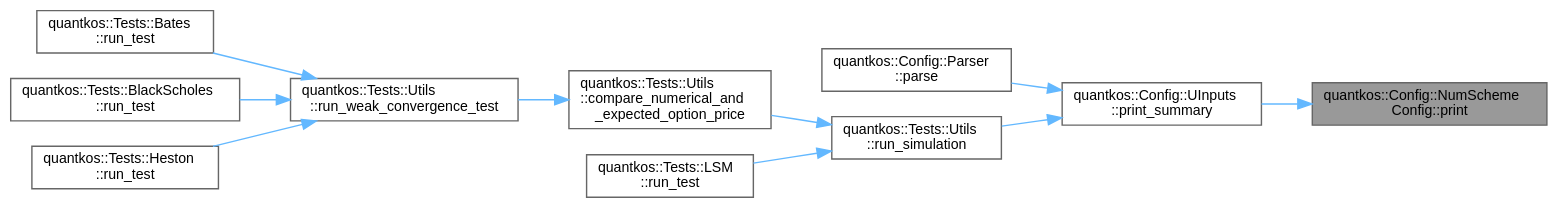
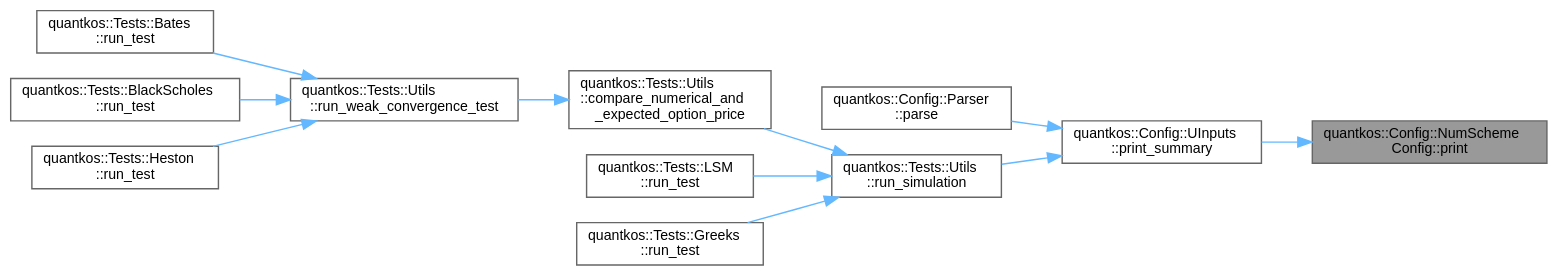
Before and after one commit to zeno-geddo/QuantKos: the diagram in dev-zen/structquantkos_1_1Config_1_1NumSchemeConfig_a57cddeb94948c7f10c3cd288113a08af_icgraph.dot, drawn with Graphviz. The commit also changed 134 other files, not shown here.

```diff
--- a/dev-zen/structquantkos_1_1Config_1_1NumSchemeConfig_a57cddeb94948c7f10c3cd288113a08af_icgraph.dot
+++ b/dev-zen/structquantkos_1_1Config_1_1NumSchemeConfig_a57cddeb94948c7f10c3cd288113a08af_icgraph.dot
@@ -1,27 +1,29 @@
 digraph "quantkos::Config::NumSchemeConfig::print"
 {
  // LATEX_PDF_SIZE
   bgcolor="transparent";
   edge [fontname=Helvetica,fontsize=10,labelfontname=Helvetica,labelfontsize=10];
   node [fontname=Helvetica,fontsize=10,shape=box,height=0.2,width=0.4];
   rankdir="RL";
   Node1 [id="Node000001",label="quantkos::Config::NumScheme\lConfig::print",height=0.2,width=0.4,color="gray40", fillcolor="grey60", style="filled", fontcolor="black",tooltip="Prints the Numerical Scheme configuration to standard output."];
   Node1 -> Node2 [id="edge1_Node000001_Node000002",dir="back",color="steelblue1",style="solid",tooltip=" "];
   Node2 [id="Node000002",label="quantkos::Config::UInputs\l::print_summary",height=0.2,width=0.4,color="grey40", fillcolor="white", style="filled",URL="$structquantkos_1_1Config_1_1UInputs.html#af13131ca2576b90abe822c1ac3f868ce",tooltip="Prints a formatted summary of the entire simulation configuration."];
   Node2 -> Node3 [id="edge2_Node000002_Node000003",dir="back",color="steelblue1",style="solid",tooltip=" "];
   Node3 [id="Node000003",label="quantkos::Config::Parser\l::parse",height=0.2,width=0.4,color="grey40", fillcolor="white", style="filled",URL="$classquantkos_1_1Config_1_1Parser.html#aabc3ac2aea636393b33217ea50d5c51a",tooltip="Parses a YAML configuration file and populates the master input parameters block."];
   Node2 -> Node4 [id="edge3_Node000002_Node000004",dir="back",color="steelblue1",style="solid",tooltip=" "];
   Node4 [id="Node000004",label="quantkos::Tests::Utils\l::run_simulation",height=0.2,width=0.4,color="grey40", fillcolor="white", style="filled",URL="$namespacequantkos_1_1Tests_1_1Utils.html#a7ba58271fae7a001558c83b87d90e476",tooltip="Stateless entry point that validates configuration states and launches a simulation run."];
   Node4 -> Node5 [id="edge4_Node000004_Node000005",dir="back",color="steelblue1",style="solid",tooltip=" "];
   Node5 [id="Node000005",label="quantkos::Tests::Utils\l::compare_numerical_and\l_expected_option_price",height=0.2,width=0.4,color="grey40", fillcolor="white", style="filled",URL="$namespacequantkos_1_1Tests_1_1Utils.html#aa7e2d8e918ec0460eddd8acd2882a264",tooltip="Launches a single simulation block and evaluates absolute error against an exact benchmark."];
   Node5 -> Node6 [id="edge5_Node000005_Node000006",dir="back",color="steelblue1",style="solid",tooltip=" "];
   Node6 [id="Node000006",label="quantkos::Tests::Utils\l::run_weak_convergence_test",height=0.2,width=0.4,color="grey40", fillcolor="white", style="filled",URL="$namespacequantkos_1_1Tests_1_1Utils.html#a0b57a4bcb249c0dfb7dec2bd4348661a",tooltip="Automates a multi-model weak convergence analysis."];
   Node6 -> Node7 [id="edge6_Node000006_Node000007",dir="back",color="steelblue1",style="solid",tooltip=" "];
   Node7 [id="Node000007",label="quantkos::Tests::Bates\l::run_test",height=0.2,width=0.4,color="grey40", fillcolor="white", style="filled",URL="$namespacequantkos_1_1Tests_1_1Bates.html#a964fdf7cc22700bdc4cc24e553b961cf",tooltip="Runs the weak convergence test sweep comparing numerical option prices to the Bates exact analytical ..."];
   Node6 -> Node8 [id="edge7_Node000006_Node000008",dir="back",color="steelblue1",style="solid",tooltip=" "];
   Node8 [id="Node000008",label="quantkos::Tests::BlackScholes\l::run_test",height=0.2,width=0.4,color="grey40", fillcolor="white", style="filled",URL="$namespacequantkos_1_1Tests_1_1BlackScholes.html#a10d200477b9810ca394f1e0e876b1105",tooltip="Executes the weak convergence test comparing numerical outcomes to Black-Scholes exact pricing."];
   Node6 -> Node9 [id="edge8_Node000006_Node000009",dir="back",color="steelblue1",style="solid",tooltip=" "];
   Node9 [id="Node000009",label="quantkos::Tests::Heston\l::run_test",height=0.2,width=0.4,color="grey40", fillcolor="white", style="filled",URL="$namespacequantkos_1_1Tests_1_1Heston.html#ac83c9c8e51fbd7563ee9d5cebfae3b3e",tooltip="Runs the weak convergence test comparing numerical option prices to the Heston exact analytical price..."];
   Node4 -> Node10 [id="edge9_Node000004_Node000010",dir="back",color="steelblue1",style="solid",tooltip=" "];
   Node10 [id="Node000010",label="quantkos::Tests::LSM\l::run_test",height=0.2,width=0.4,color="grey40", fillcolor="white", style="filled",URL="$namespacequantkos_1_1Tests_1_1LSM.html#af8142e2cbf2957687b7124902e15fc42",tooltip=" "];
+  Node4 -> Node11 [id="edge10_Node000004_Node000011",dir="back",color="steelblue1",style="solid",tooltip=" "];
+  Node11 [id="Node000011",label="quantkos::Tests::Greeks\l::run_test",height=0.2,width=0.4,color="grey40", fillcolor="white", style="filled",URL="$namespacequantkos_1_1Tests_1_1Greeks.html#a75b4ea46847d109d3e83a344be19bba0",tooltip="Performs the Structural Put-Call Parity test for Monte Carlo Greeks."];
 }
```
